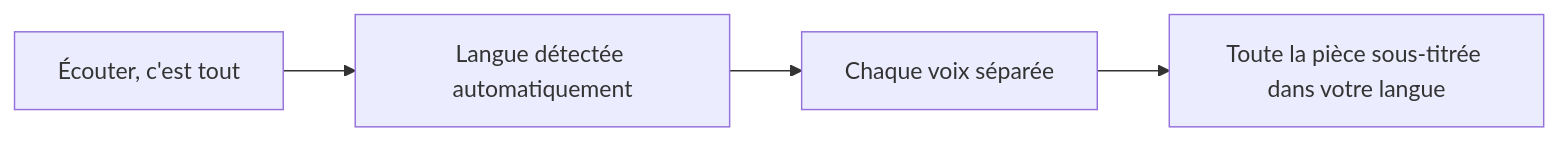
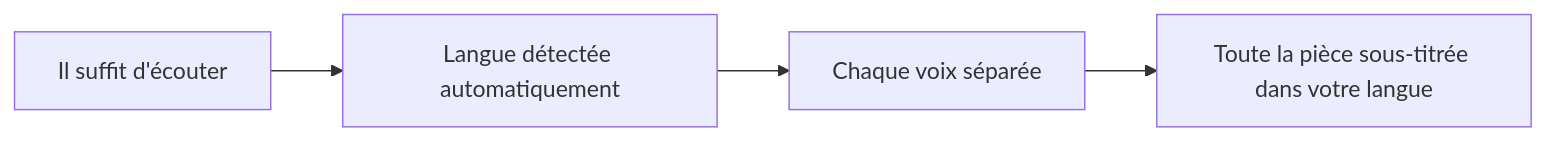
Before and after one commit to rpalm01-star/VigilantEarLegal: the first of 4 diagrams in README_fr.md, drawn with Mermaid. The commit also changed other lines of this file and 29 other files, not shown here.

````diff
--- a/README_fr.md
+++ b/README_fr.md
@@ -62,4 +65,4 @@
 ```mermaid
 graph LR
-    A["Écouter, c'est tout"] --> B["Langue détectée automatiquement"] --> C["Chaque voix séparée"] --> D["Toute la pièce sous-titrée dans votre langue"]
+    A["Il suffit d'écouter"] --> B["Langue détectée automatiquement"] --> C["Chaque voix séparée"] --> D["Toute la pièce sous-titrée dans votre langue"]
 ```
````
